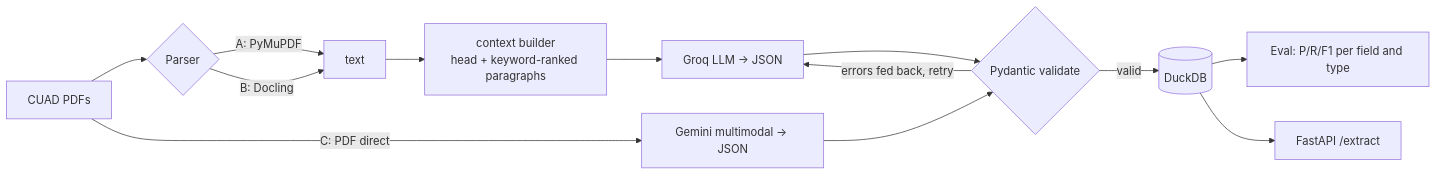
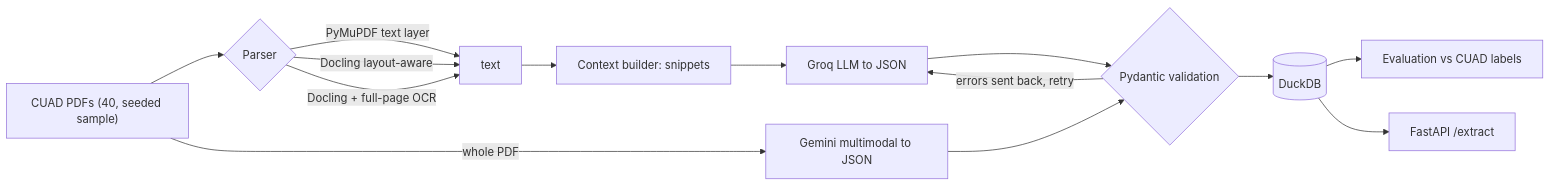
One commit to ezhilarasi0509/Document-intelligence-pipeline changed the diagram in README.md. Above: the diagram before and after it, drawn with Mermaid. The commit also changed other lines of this file and 2 other files, not shown here.

````diff
--- a/README.md
+++ b/README.md
@@ -7,15 +17,16 @@
 ```mermaid
 flowchart LR
-  A[CUAD PDFs] --> B{Parser}
-  B -->|A: PyMuPDF| C[text]
-  B -->|B: Docling| C
-  C --> D[context builder<br/>head + keyword-ranked paragraphs]
-  D --> E[Groq LLM -> JSON]
-  A -->|C: PDF direct| G[Gemini multimodal -> JSON]
-  E --> F{Pydantic validate}
-  F -- errors fed back, retry --> E
-  F -- valid --> H[(DuckDB)]
+  A["CUAD PDFs (40, seeded sample)"] --> B{"Parser"}
+  B -->|"PyMuPDF text layer"| C["text"]
+  B -->|"Docling layout-aware"| C
+  B -->|"Docling + full-page OCR"| C
+  C --> D["Context builder: snippets"]
+  D --> E["Groq LLM to JSON"]
+  A -->|"whole PDF"| G["Gemini multimodal to JSON"]
+  E --> F{"Pydantic validation"}
   G --> F
-  H --> I[Eval: P/R/F1 per field and type]
-  H --> J[FastAPI /extract]
+  F -->|"errors sent back, retry"| E
+  F --> H[("DuckDB")]
+  H --> I["Evaluation vs CUAD labels"]
+  H --> J["FastAPI /extract"]
 ```
````
